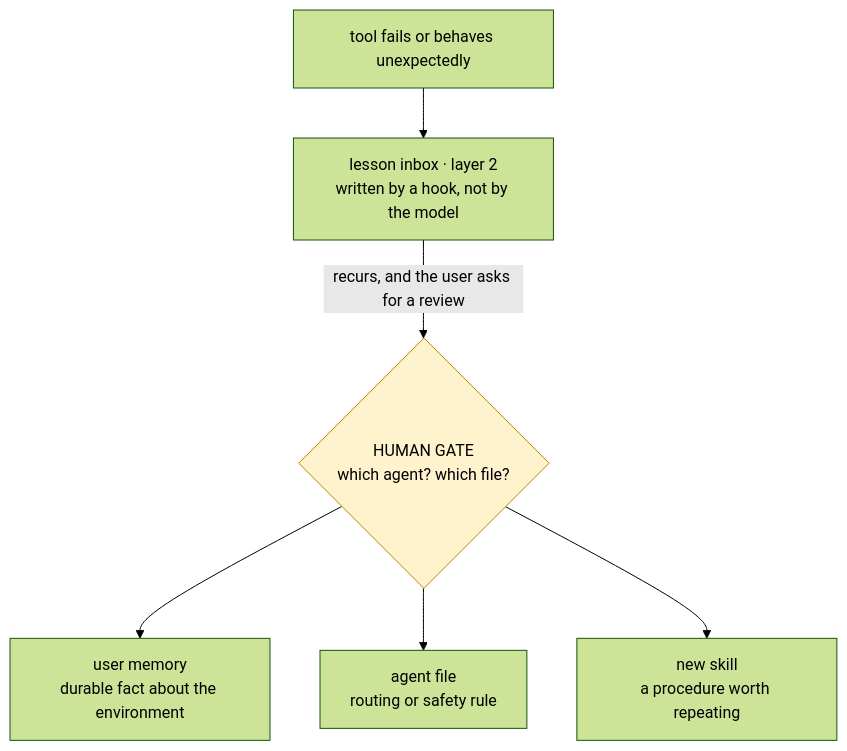
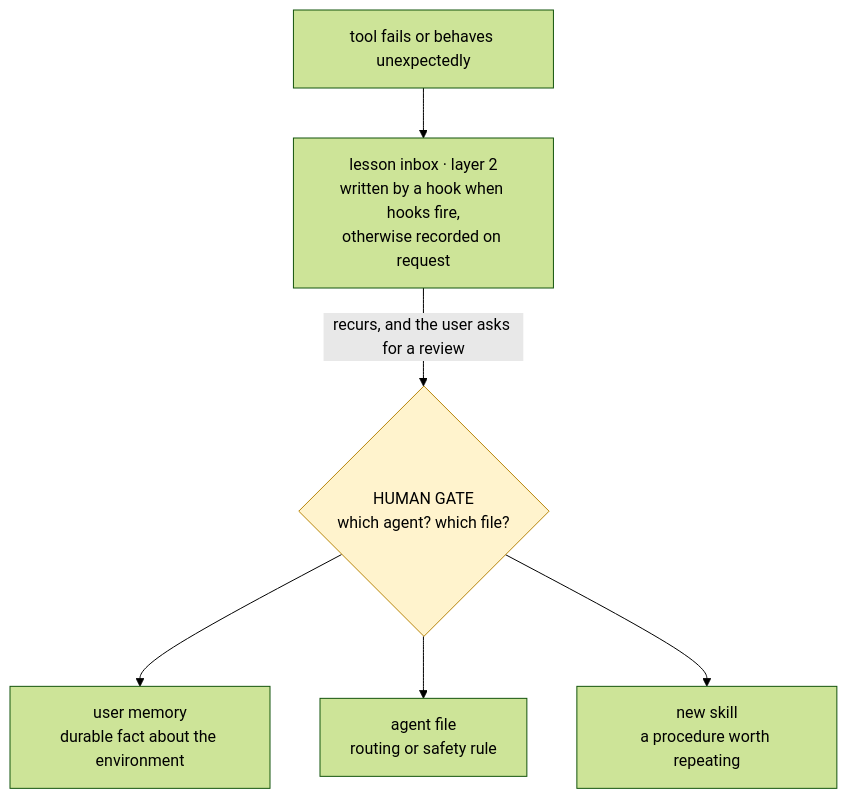
Before and after one commit to naruepan2/abap-copilot-kit: the diagram in docs/architecture.md, drawn with Mermaid (forest theme). The commit also changed other lines of this file, not shown here.

First line of the commit message:
docs: record that hooks do not fire in the Copilot harness

````diff
--- a/docs/architecture.md
+++ b/docs/architecture.md
@@ -46,11 +46,11 @@
 ```mermaid
 flowchart TD
-    T[tool fails or behaves unexpectedly] --> L[lesson inbox · layer 2<br/>written by a hook, not by the model]
+    T[tool fails or behaves unexpectedly] --> L[lesson inbox · layer 2<br/>written by a hook when hooks fire,<br/>otherwise recorded on request]
     L -->|recurs, and the user asks for a review| G{HUMAN GATE<br/>which agent? which file?}
     G --> M[user memory<br/>durable fact about the environment]
     G --> A[agent file<br/>routing or safety rule]
     G --> S[new skill<br/>a procedure worth repeating]
 
     classDef gate fill:#fff3cd,stroke:#b8860b,color:#000
     class G gate
 ```
````
